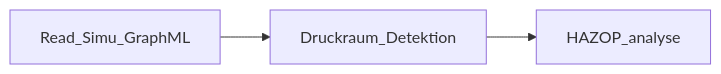
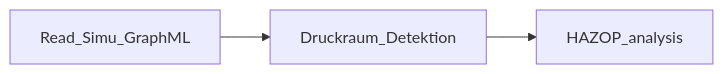
One commit to TUDoAD/Abschlussarbeiten_Oeing changed the diagram in Yang/readme.md. Above: the diagram before and after it, drawn with Mermaid.

````diff
--- a/Yang/readme.md
+++ b/Yang/readme.md
@@ -56,5 +56,5 @@
 ```mermaid
 graph LR;
     Read_Simu_GraphML-->Druckraum_Detektion;
-    Druckraum_Detektion-->HAZOP_analyse;
+    Druckraum_Detektion-->HAZOP_analysis;
 ```
````
